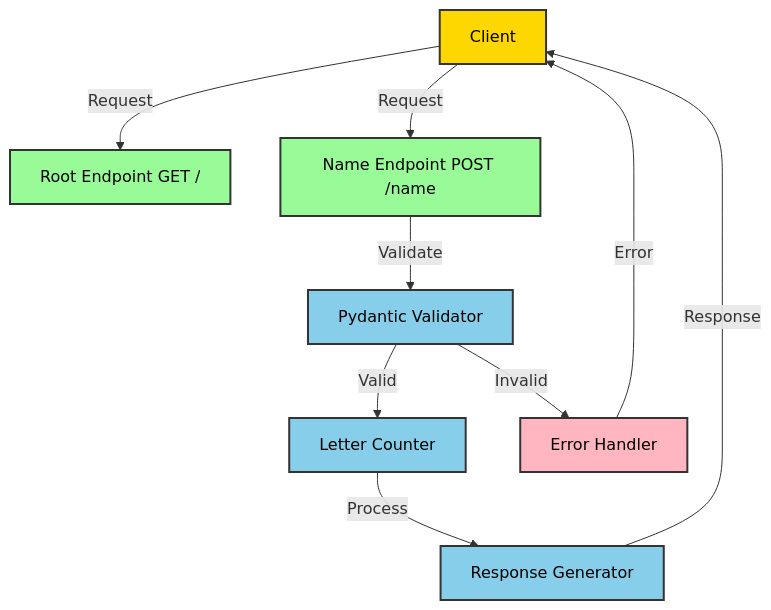
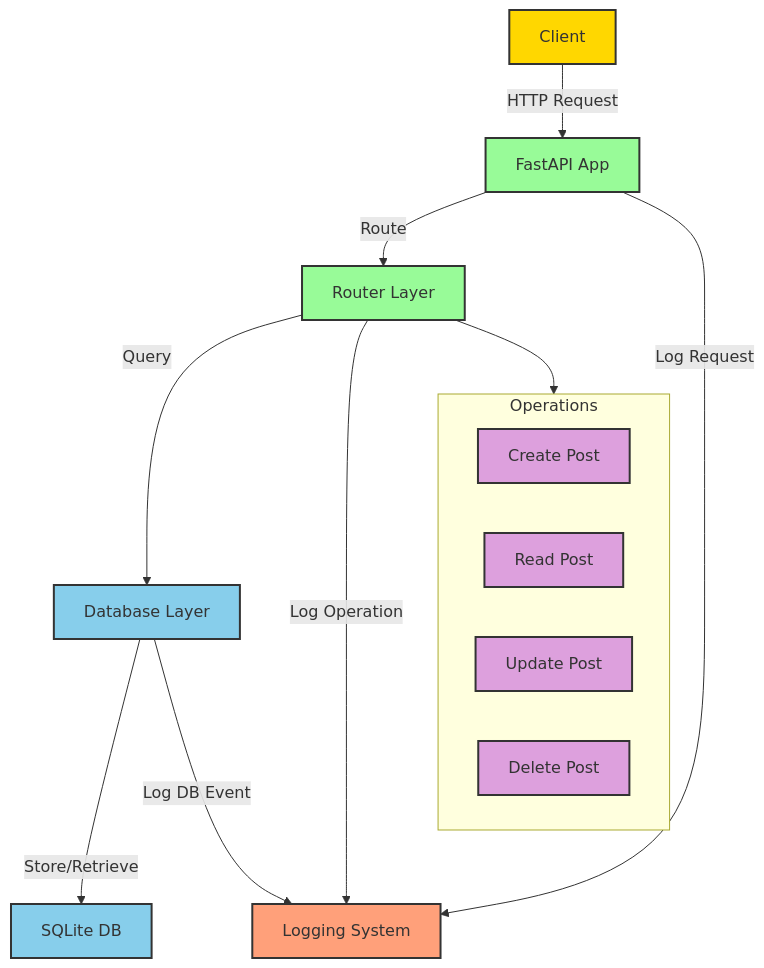
One commit to Kekniskd/cursor-IDE-API changed the diagram in README.md. Above: the diagram before and after it, drawn with Mermaid. The commit also changed other lines of this file, not shown here.

First line of the commit message:
docs: Comprehensive README update for Post Management API

````diff
--- a/README.md
+++ b/README.md
@@ -14,30 +16,38 @@
 ```mermaid
 flowchart TD
     A[Client]
-    B[Root Endpoint GET /]
-    C[Name Endpoint POST /name]
-    D[Pydantic Validator]
-    E[Letter Counter]
-    F[Response Generator]
-    G[Error Handler]
+    B[FastAPI App]
+    C[Router Layer]
+    D[Database Layer]
+    E[Logging System]
+    F[SQLite DB]
 
-    A --> |Request| B
-    A --> |Request| C
-    C --> |Validate| D
-    D --> |Valid| E
-    E --> |Process| F
-    F --> |Response| A
-    D --> |Invalid| G
-    G --> |Error| A
+    A -->|HTTP Request| B
+    B -->|Route| C
+    C -->|Query| D
+    D -->|Store/Retrieve| F
+    B -->|Log Request| E
+    C -->|Log Operation| E
+    D -->|Log DB Event| E
 
-    classDef default fill:#f9f9f9,stroke:#333,stroke-width:2px,color:#000;
-    classDef client fill:#FFD700,stroke:#333,stroke-width:2px,color:#000;
-    classDef endpoint fill:#98FB98,stroke:#333,stroke-width:2px,color:#000;
-    classDef process fill:#87CEEB,stroke:#333,stroke-width:2px,color:#000;
-    classDef error fill:#FFB6C1,stroke:#333,stroke-width:2px,color:#000;
+    subgraph Operations
+        G[Create Post]
+        H[Read Post]
+        I[Update Post]
+        J[Delete Post]
+    end
+
+    C --> Operations
+
+    classDef client fill:#FFD700,stroke:#333,stroke-width:2px;
+    classDef api fill:#98FB98,stroke:#333,stroke-width:2px;
+    classDef data fill:#87CEEB,stroke:#333,stroke-width:2px;
+    classDef logs fill:#FFA07A,stroke:#333,stroke-width:2px;
+    classDef ops fill:#DDA0DD,stroke:#333,stroke-width:2px;
 
     class A client;
-    class B,C endpoint;
-    class D,E,F process;
-    class G error;
+    class B,C api;
+    class D,F data;
+    class E logs;
+    class G,H,I,J ops;
 ```
````
